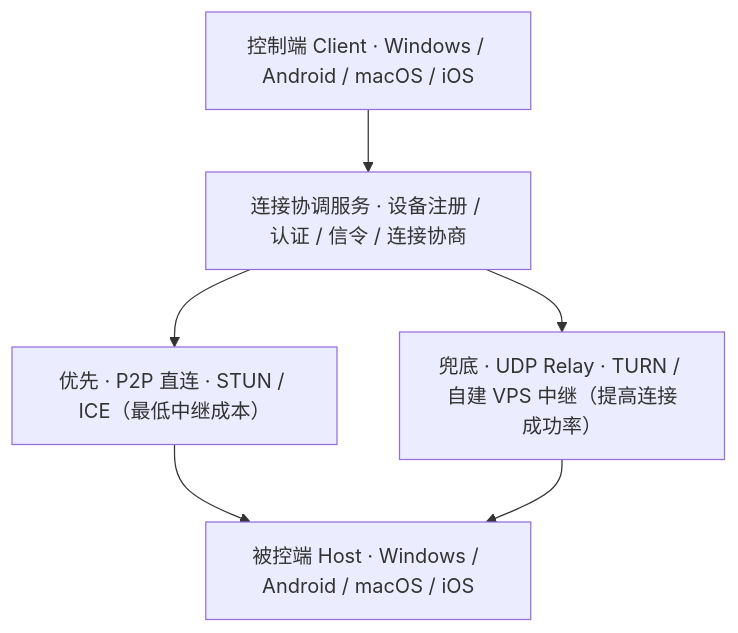
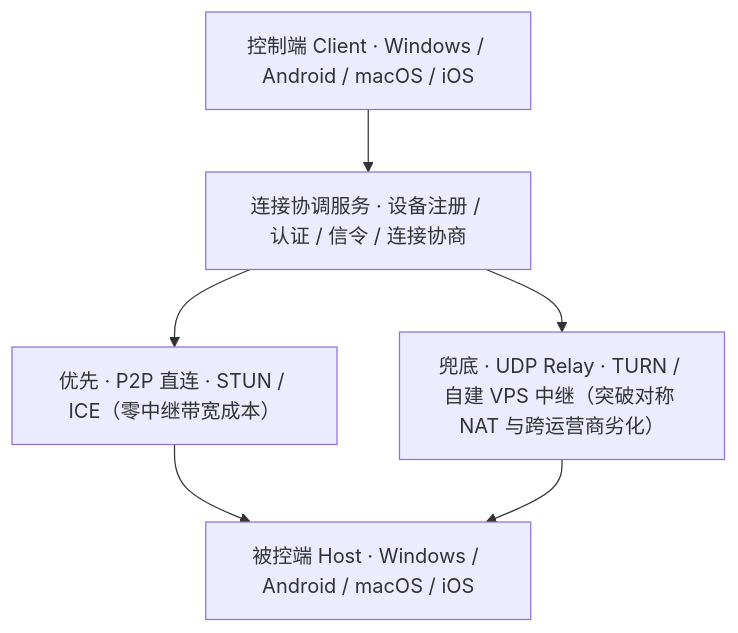
The second of 2 diagrams in README.md (Gluxggg/BoBo-Remote), drawn with Mermaid before and after one commit. The commit also changed other lines of this file and 1 other file, not shown here.

Commit message:
docs: holistically rewrite README.md and README.en.md highlighting project architecture and strengths

````diff
--- a/README.md
+++ b/README.md
@@ -100,14 +152,14 @@
 ```mermaid
 flowchart TB
   CLIENT["控制端 Client · Windows / Android / macOS / iOS"]
   COORD["连接协调服务 · 设备注册 / 认证 / 信令 / 连接协商"]
-  P2P["优先 · P2P 直连 · STUN / ICE（最低中继成本）"]
-  RELAY["兜底 · UDP Relay · TURN / 自建 VPS 中继（提高连接成功率）"]
+  P2P["优先 · P2P 直连 · STUN / ICE（零中继带宽成本）"]
+  RELAY["兜底 · UDP Relay · TURN / 自建 VPS 中继（突破对称 NAT 与跨运营商劣化）"]
   HOST["被控端 Host · Windows / Android / macOS / iOS"]
 
   CLIENT --> COORD
   COORD --> P2P
   COORD --> RELAY
   P2P --> HOST
   RELAY --> HOST
 ```
````
